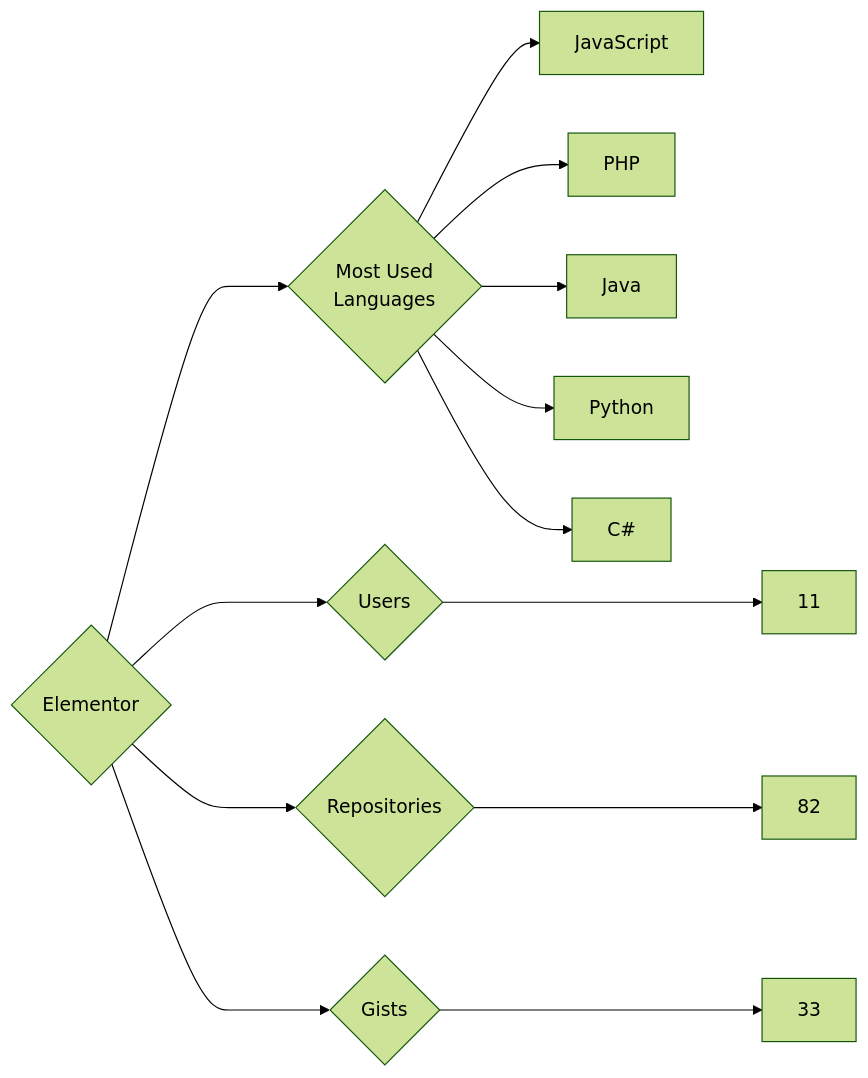
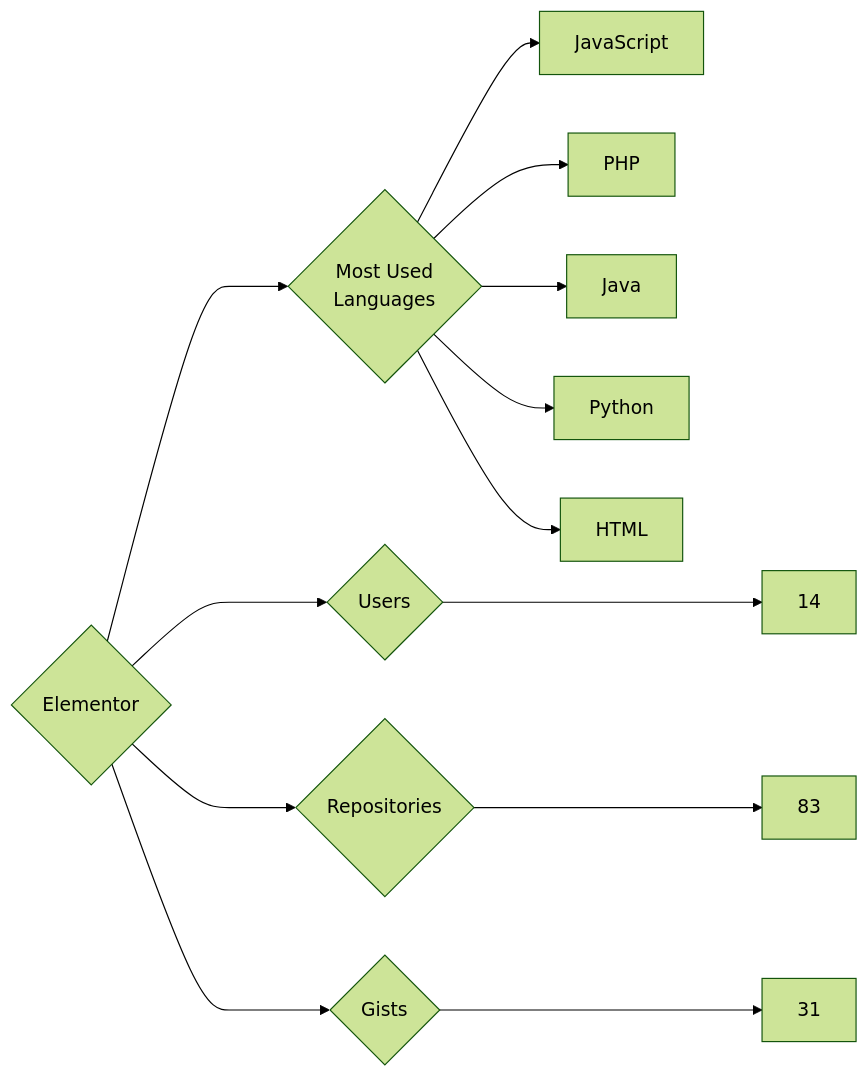
The diagram in targets/Elementor/README.md (trickest/insiders), drawn with Mermaid (forest theme) before and after one commit. The commit also changed 965 other files, not shown here.

````diff
--- a/targets/Elementor/README.md
+++ b/targets/Elementor/README.md
@@ -3,13 +3,13 @@
 ```mermaid
 graph LR
 COMPANY_NAME{Elementor}
-COMPANY_NAME ---> U{Users} ---> UN[11]
-COMPANY_NAME ---> R{Repositories} ---> RN[82]
-COMPANY_NAME ---> G{Gists} ---> GN[33]
+COMPANY_NAME ---> U{Users} ---> UN[14]
+COMPANY_NAME ---> R{Repositories} ---> RN[83]
+COMPANY_NAME ---> G{Gists} ---> GN[31]
 COMPANY_NAME ---> ML{Most Used<br>Languages}
 ML --> JavaScript[JavaScript]
 ML --> PHP[PHP]
 ML --> Java[Java]
 ML --> Python[Python]
-ML --> C#[C#]
+ML --> HTML[HTML]
 ```
````
